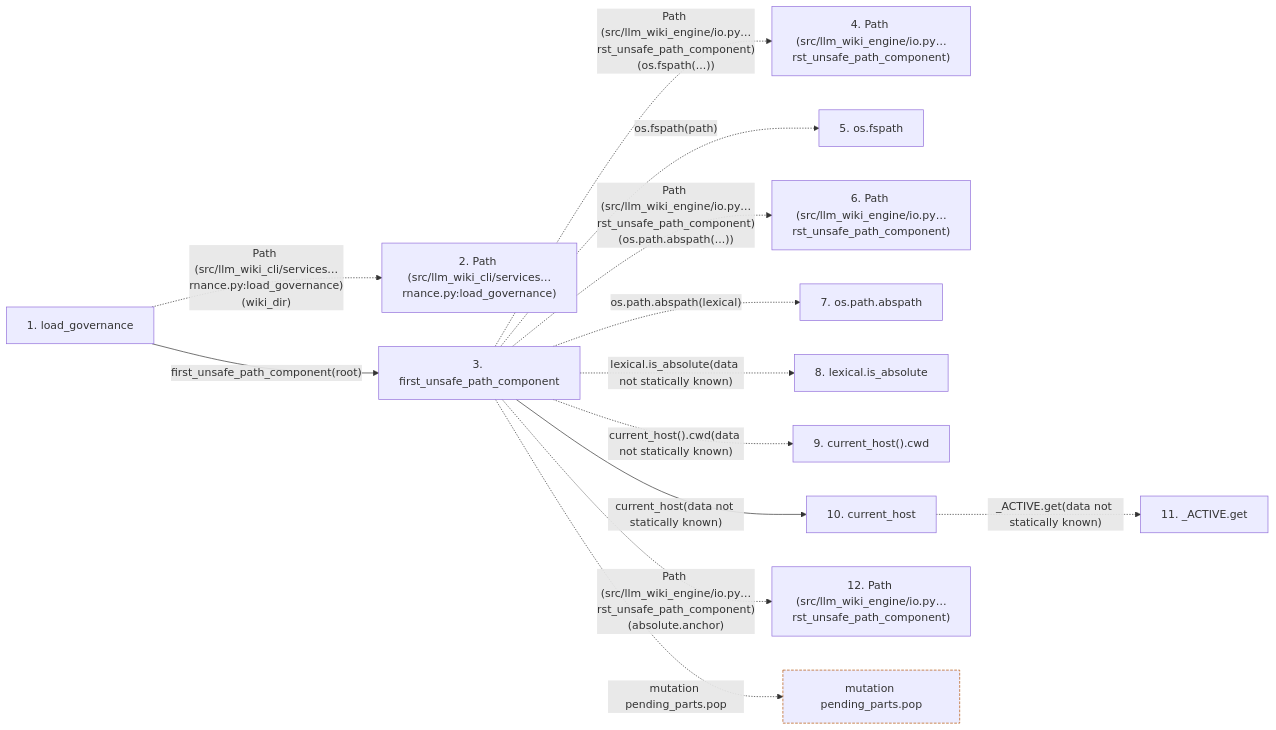
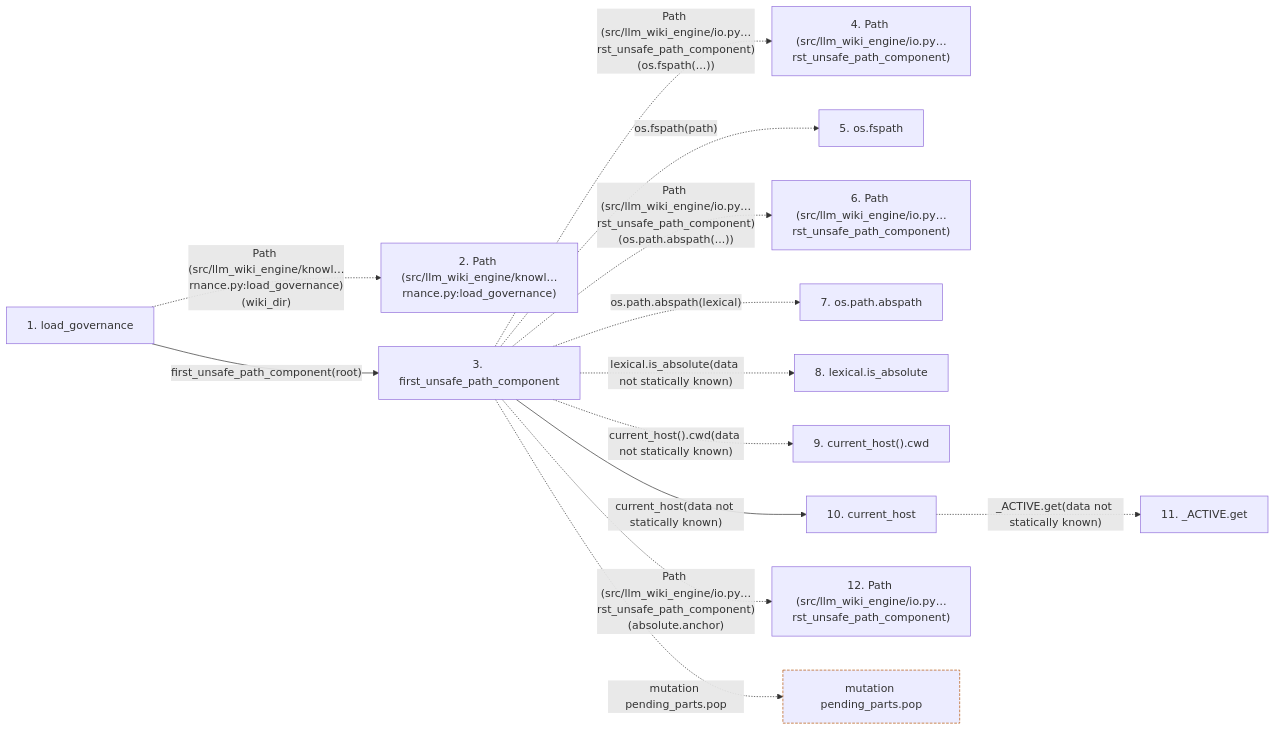
The second of 2 diagrams in docs/llm_wiki/flows/api-load_governance.md (Denissvgn/python-wiki-llm), drawn with Mermaid before and after one commit. The commit also changed other lines of this file and 1058 other files, not shown here.

````diff
--- a/docs/llm_wiki/flows/api-load_governance.md
+++ b/docs/llm_wiki/flows/api-load_governance.md
@@ -141,33 +141,33 @@
 ```mermaid
 flowchart LR
     s1["1. load_governance"]
-    s2["2. Path (src/llm_wiki_cli/services…rnance.py:load_governance)"]
+    s2["2. Path (src/llm_wiki_engine/knowl…rnance.py:load_governance)"]
     s3["3. first_unsafe_path_component"]
     s4["4. Path (src/llm_wiki_engine/io.py…rst_unsafe_path_component)"]
     s5["5. os.fspath"]
     s6["6. Path (src/llm_wiki_engine/io.py…rst_unsafe_path_component)"]
     s7["7. os.path.abspath"]
     s8["8. lexical.is_absolute"]
     s9["9. current_host().cwd"]
     s10["10. current_host"]
     s11["11. _ACTIVE.get"]
     s12["12. Path (src/llm_wiki_engine/io.py…rst_unsafe_path_component)"]
-    s1 -. "Path (src/llm_wiki_cli/services…rnance.py:load_governance)(wiki_dir)" .-> s2
+    s1 -. "Path (src/llm_wiki_engine/knowl…rnance.py:load_governance)(wiki_dir)" .-> s2
     s1 -->|"first_unsafe_path_component(root)"| s3
     s3 -. "Path (src/llm_wiki_engine/io.py…rst_unsafe_path_component)(os.fspath(...))" .-> s4
     s3 -. "os.fspath(path)" .-> s5
     s3 -. "Path (src/llm_wiki_engine/io.py…rst_unsafe_path_component)(os.path.abspath(...))" .-> s6
     s3 -. "os.path.abspath(lexical)" .-> s7
     s3 -. "lexical.is_absolute(data not statically known)" .-> s8
     s3 -. "current_host().cwd(data not statically known)" .-> s9
     s3 -->|"current_host(data not statically known)"| s10
     s10 -. "_ACTIVE.get(data not statically known)" .-> s11
     s3 -. "Path (src/llm_wiki_engine/io.py…rst_unsafe_path_component)(absolute.anchor)" .-> s12
     b0["mutation pending_parts.pop"]
     s3 -. "mutation pending_parts.pop" .-> b0
     click s1 "../modules/knowledge_governance.md"
     click s3 "../modules/io.md"
     click s10 "../modules/host.md"
     classDef boundary stroke:#b45309,stroke-dasharray: 4 2
     class b0 boundary
 ```
````
